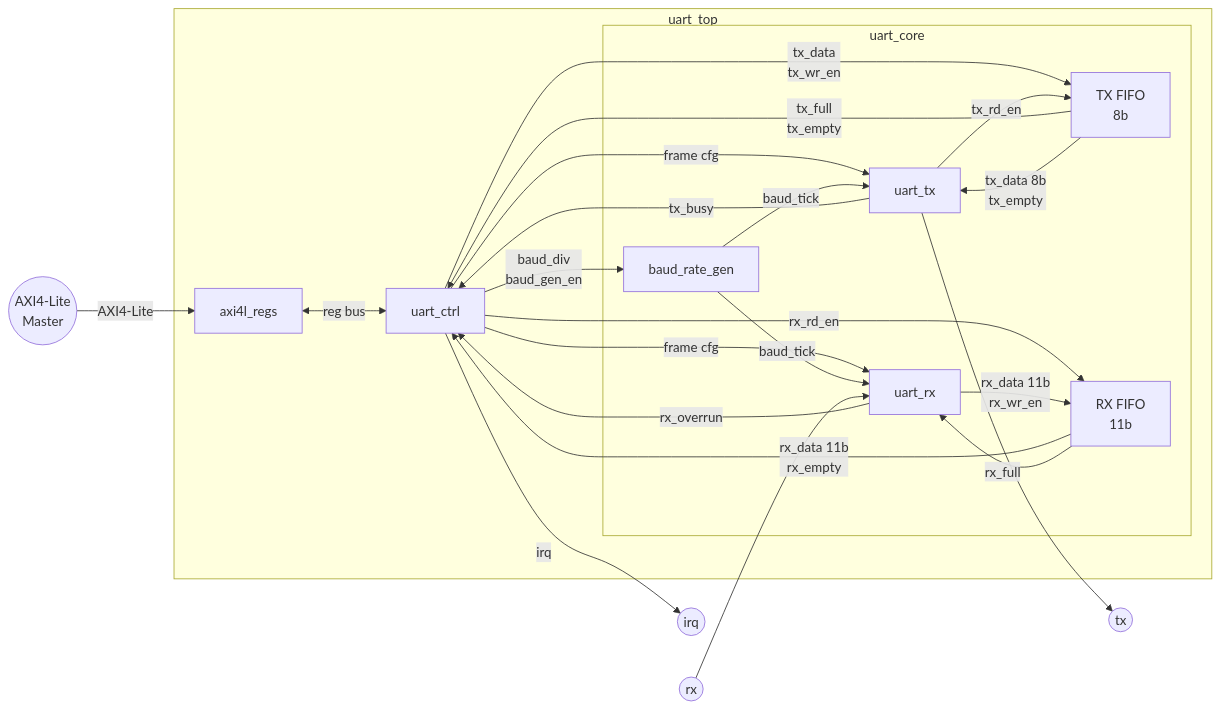
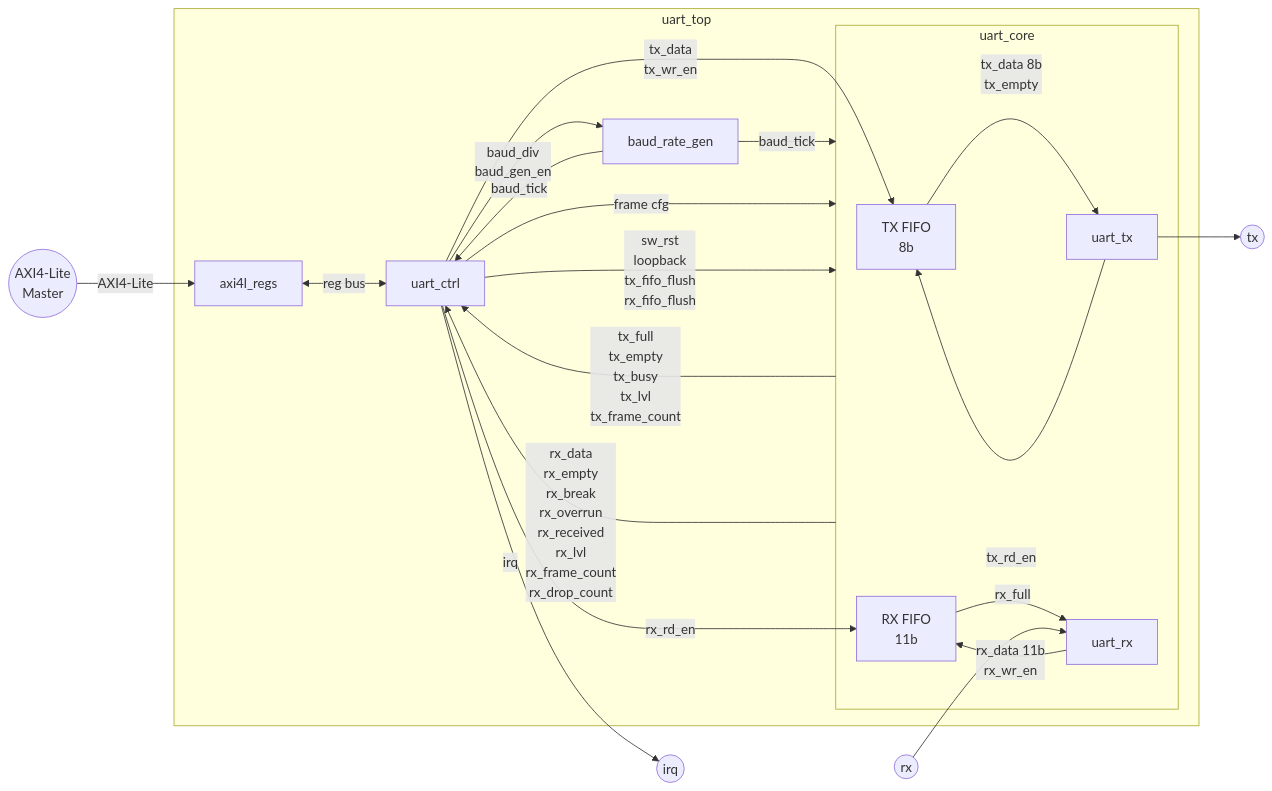
One commit to gmcastil/axi4l-uart changed the diagram in docs/design.md. Above: the diagram before and after it, drawn with Mermaid. The commit also changed other lines of this file and 8 other files, not shown here.

Commit message:
Add uart_tx and baud_rate_gen tests

````diff
--- a/docs/design.md
+++ b/docs/design.md
@@ -13,40 +17,38 @@
 ```mermaid
 graph LR
     AXIM((AXI4-Lite\nMaster))
     TX((tx))
     RX((rx))
 
     subgraph uart_top["uart_top"]
         AXI["axi4l_regs"]
+        BRG["baud_rate_gen"]
         CTRL["uart_ctrl"]
 
         subgraph uart_core["uart_core"]
-            BRG["baud_rate_gen"]
             TXFIFO["TX FIFO\n8b"]
             UTX["uart_tx"]
             URX["uart_rx"]
             RXFIFO["RX FIFO\n11b"]
         end
     end
 
     AXIM -->|AXI4-Lite| AXI
     AXI <-->|reg bus| CTRL
     CTRL -->|baud_div\nbaud_gen_en| BRG
-    CTRL -->|frame cfg| UTX
-    CTRL -->|frame cfg| URX
+    BRG -->|baud_tick| CTRL
+    BRG -->|baud_tick| uart_core
+    CTRL -->|frame cfg| uart_core
     CTRL -->|tx_data\ntx_wr_en| TXFIFO
-    TXFIFO -->|tx_full\ntx_empty| CTRL
-    UTX -->|tx_busy| CTRL
-    URX -->|rx_overrun| CTRL
-    RXFIFO -->|rx_data 11b\nrx_empty| CTRL
     CTRL -->|rx_rd_en| RXFIFO
-    BRG -->|baud_tick| UTX
-    BRG -->|baud_tick| URX
+    CTRL -->|sw_rst\nloopback\ntx_fifo_flush\nrx_fifo_flush| uart_core
+    uart_core -->|tx_full\ntx_empty\ntx_busy\ntx_lvl\ntx_frame_count| CTRL
+    uart_core -->|rx_data\nrx_empty\nrx_break\nrx_overrun\nrx_received\nrx_lvl\nrx_frame_count\nrx_drop_count| CTRL
     TXFIFO -->|tx_data 8b\ntx_empty| UTX
     UTX -->|tx_rd_en| TXFIFO
     URX -->|rx_data 11b\nrx_wr_en| RXFIFO
     RXFIFO -->|rx_full| URX
     UTX --> TX
     RX --> URX
     CTRL -->|irq| IRQ((irq))
 ```
````
